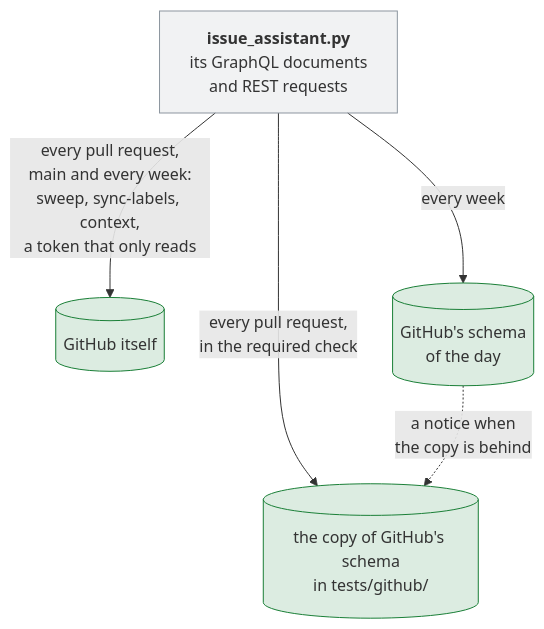
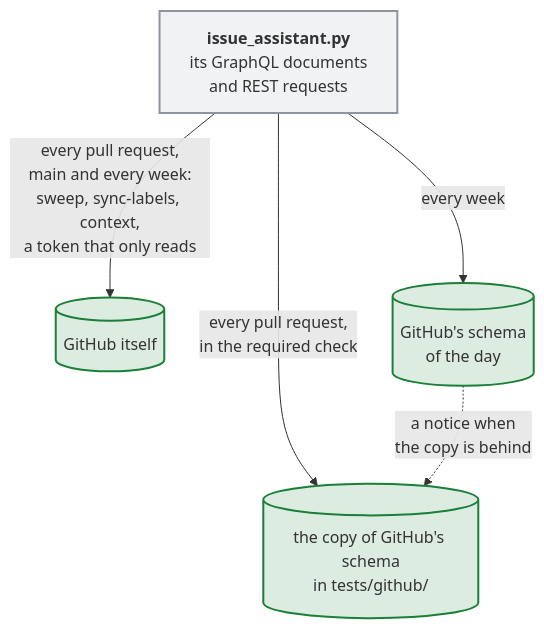
One commit to Dennis-Otto/issue-assistant changed the fifth of 7 diagrams in docs/architecture.md. Above: the diagram before and after it, drawn with Mermaid. The commit also changed other lines of this file and 4 other files, not shown here.

First line of the commit message:
docs: accessible top-to-bottom diagrams, and three new ones (#82)

````diff
--- a/docs/architecture.md
+++ b/docs/architecture.md
@@ -183,17 +155,17 @@
 ```mermaid
 flowchart TB
   accTitle: Three checks of the requests to GitHub
   accDescr: The GraphQL documents of issue_assistant.py meet a copy of GitHub's schema in the required check of every pull request. The commands sweep, sync-labels and context run against GitHub itself with a token that can only read, on every pull request, on main and every week. Every week the documents also meet the schema that GitHub publishes that day, and a notice says when the copy is behind it.
   script["<b>issue_assistant.py</b><br/>its GraphQL documents<br/>and REST requests"]
   copy[("the copy of GitHub's schema<br/>in tests/github/")]
   github[("GitHub itself")]
   today[("GitHub's schema<br/>of the day")]
   script -- "every pull request,<br/>in the required check" --> copy
   script -- "every pull request,<br/>main and every week:<br/>sweep, sync-labels, context,<br/>a token that only reads" --> github
   script -- "every week" --> today
   today -. "a notice when<br/>the copy is behind" .-> copy
-  classDef code fill:#8c959f1f,stroke:#8c959f
-  classDef safe fill:#1a7f3726,stroke:#1a7f37
+  classDef code fill:#8c959f1f,stroke:#8c959f,stroke-width:2px
+  classDef safe fill:#1a7f3726,stroke:#1a7f37,stroke-width:2px
   class script code
   class copy,github,today safe
 ```
````
